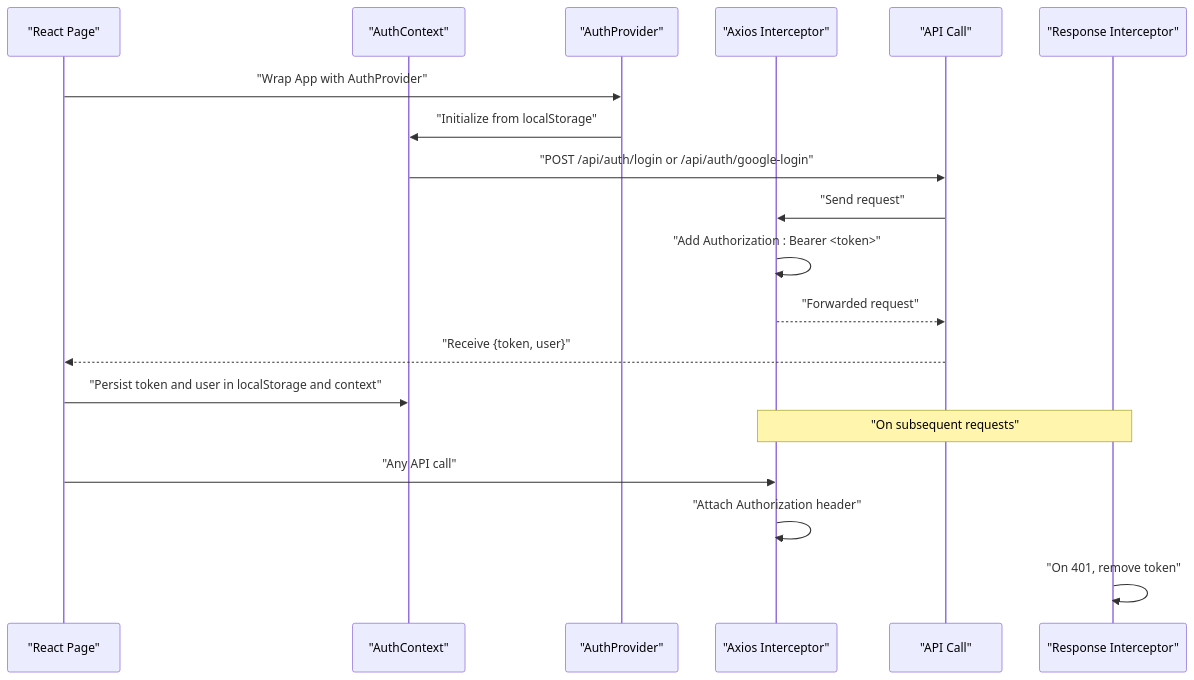
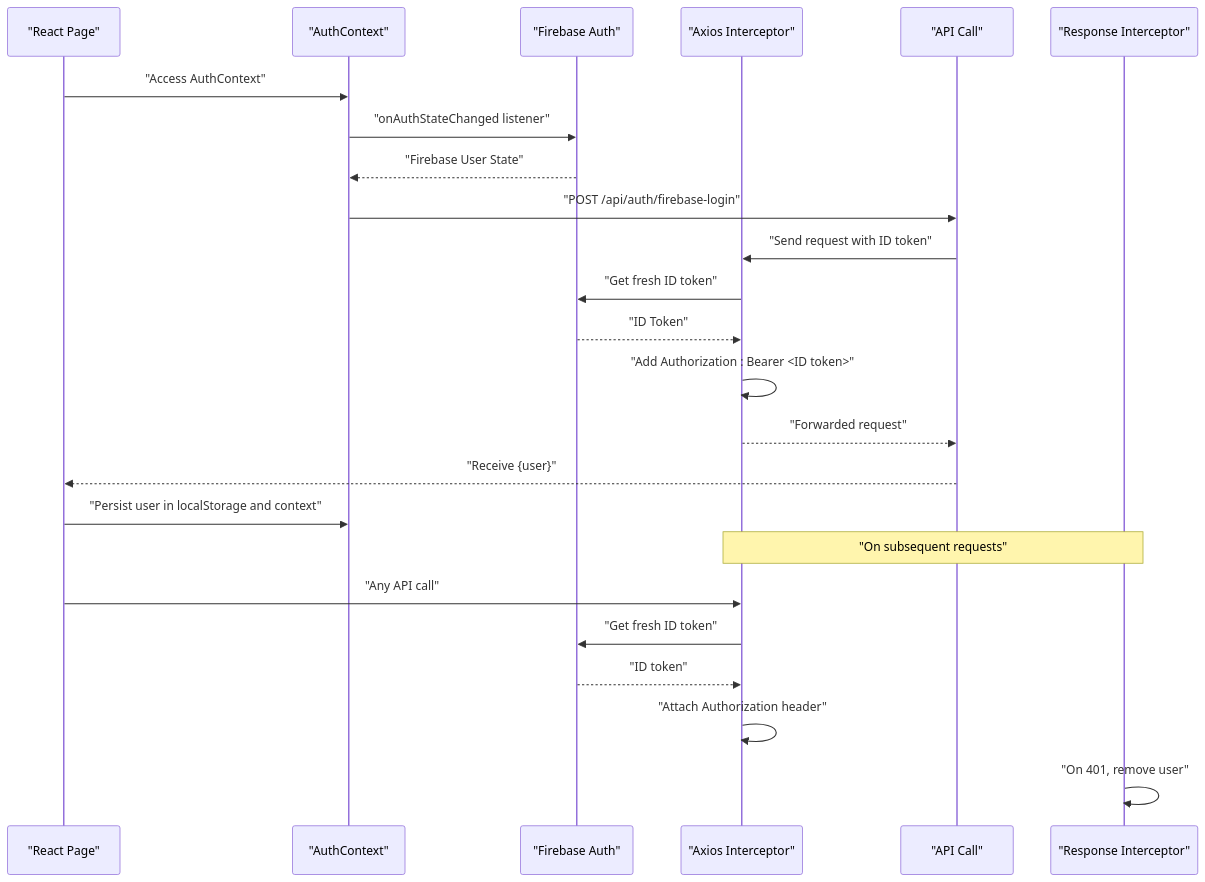
One commit to Pavan-PSPK9032/TrendsandToss changed the fourth of 5 diagrams in .qoder/repowiki/en/content/Authentication & Authorization/JWT Token Flow & Management.md. Above: the diagram before and after it, drawn with Mermaid. The commit also changed other lines of this file and 9 other files, not shown here.

````diff
--- a/.qoder/repowiki/en/content/Authentication & Authorization/JWT Token Flow & Management.md
+++ b/.qoder/repowiki/en/content/Authentication & Authorization/JWT Token Flow & Management.md
@@ -250,21 +276,26 @@
 ```mermaid
 sequenceDiagram
 participant Page as "React Page"
 participant Ctx as "AuthContext"
-participant Main as "AuthProvider"
+participant FB as "Firebase Auth"
 participant AX as "Axios Interceptor"
 participant API as "API Call"
 participant Resp as "Response Interceptor"
-Page->>Main : "Wrap App with AuthProvider"
-Main->>Ctx : "Initialize from localStorage"
-Ctx->>API : "POST /api/auth/login or /api/auth/google-login"
-API->>AX : "Send request"
-AX->>AX : "Add Authorization : Bearer <token>"
+Page->>Ctx : "Access AuthContext"
+Ctx->>FB : "onAuthStateChanged listener"
+FB-->>Ctx : "Firebase User State"
+Ctx->>API : "POST /api/auth/firebase-login"
+API->>AX : "Send request with ID token"
+AX->>FB : "Get fresh ID token"
+FB-->>AX : "ID Token"
+AX->>AX : "Add Authorization : Bearer <ID token>"
 AX-->>API : "Forwarded request"
-API-->>Page : "Receive {token, user}"
-Page->>Ctx : "Persist token and user in localStorage and context"
+API-->>Page : "Receive {user}"
+Page->>Ctx : "Persist user in localStorage and context"
 Note over AX,Resp : "On subsequent requests"
 Page->>AX : "Any API call"
+AX->>FB : "Get fresh ID token"
+FB-->>AX : "ID token"
 AX->>AX : "Attach Authorization header"
-Resp->>Resp : "On 401, remove token"
+Resp->>Resp : "On 401, remove user"
 ```
````
